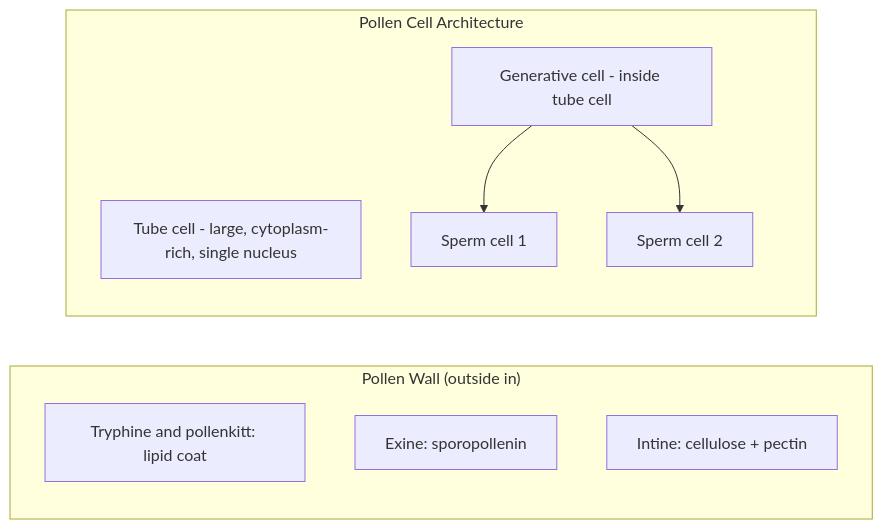
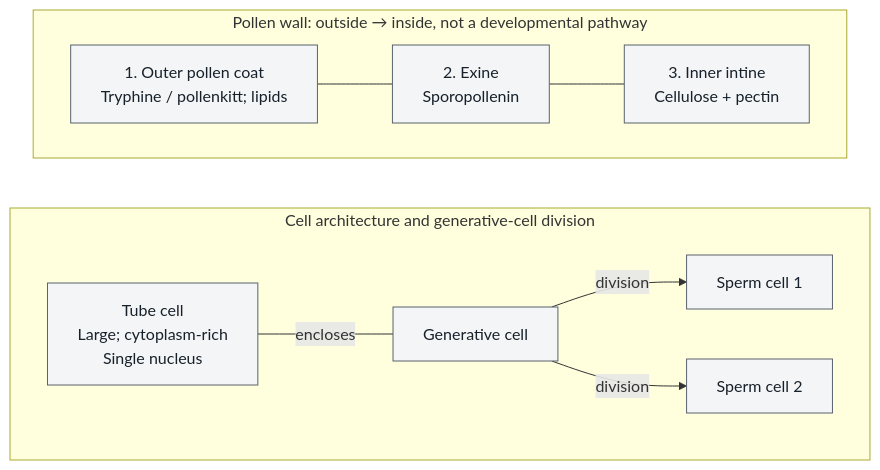
One commit to docxology/biology_textbook changed the second of 4 diagrams in docs/manuscript/unit_VIII/plant_reproduction.md. Above: the diagram before and after it, drawn with Mermaid. The commit also changed other lines of this file and 41 other files, not shown here.

````diff
--- a/docs/manuscript/unit_VIII/plant_reproduction.md
+++ b/docs/manuscript/unit_VIII/plant_reproduction.md
@@ -239,14 +239,20 @@
 ```mermaid
-flowchart LR
-    subgraph PollenWall ["Pollen Wall (outside in)"]
-        Tryph[Tryphine and pollenkitt: lipid coat]
-        Exine[Exine: sporopollenin]
-        Intine[Intine: cellulose + pectin]
+---
+config:
+  layout: dagre
+---
+flowchart TB
+    subgraph PollenWall["Pollen wall: outside → inside, not a developmental pathway"]
+        direction LR
+        Tryph["1. Outer pollen coat<br/>Tryphine / pollenkitt; lipids"] --- Exine["2. Exine<br/>Sporopollenin"]
+        Exine --- Intine["3. Inner intine<br/>Cellulose + pectin"]
     end
-    subgraph PollenContents ["Pollen Cell Architecture"]
-        TC[Tube cell - large, cytoplasm-rich, single nucleus]
-        GC[Generative cell - inside tube cell]
-        GC --> Sp1[Sperm cell 1]
-        GC --> Sp2[Sperm cell 2]
+    subgraph PollenContents["Cell architecture and generative-cell division"]
+        direction LR
+        TC["Tube cell<br/>Large; cytoplasm-rich<br/>Single nucleus"] ---|encloses| GC["Generative cell"]
+        GC -->|division| Sp1["Sperm cell 1"]
+        GC -->|division| Sp2["Sperm cell 2"]
     end
+    PollenWall ~~~ PollenContents
+    classDef default fill:#f4f5f6,stroke:#59636e,color:#17212b
 ```
````
